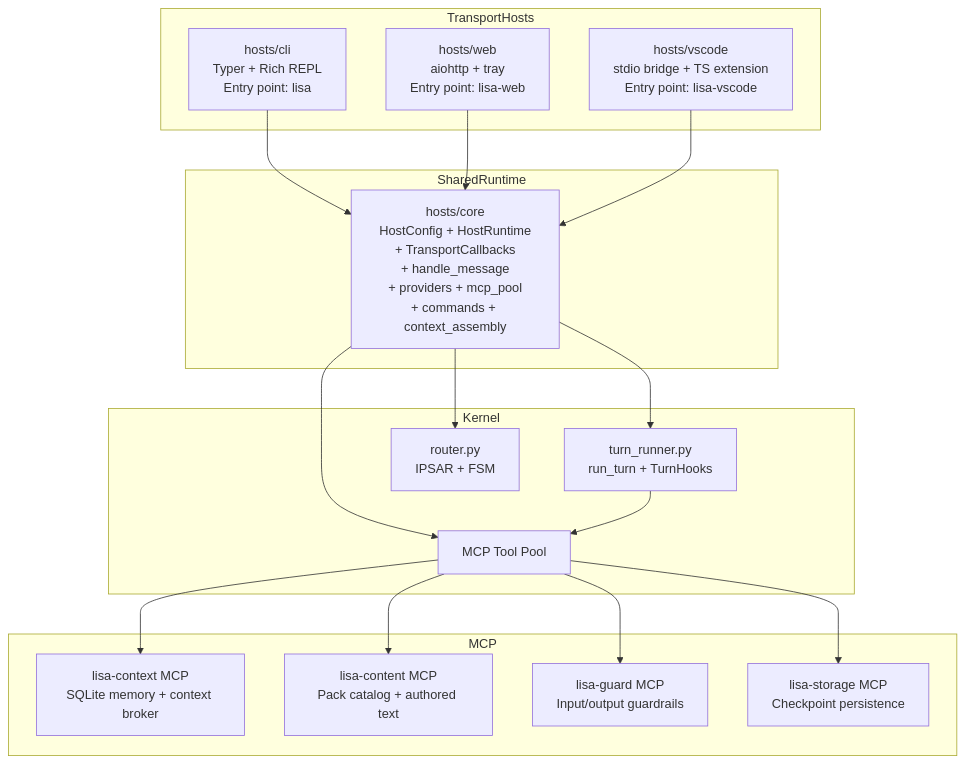
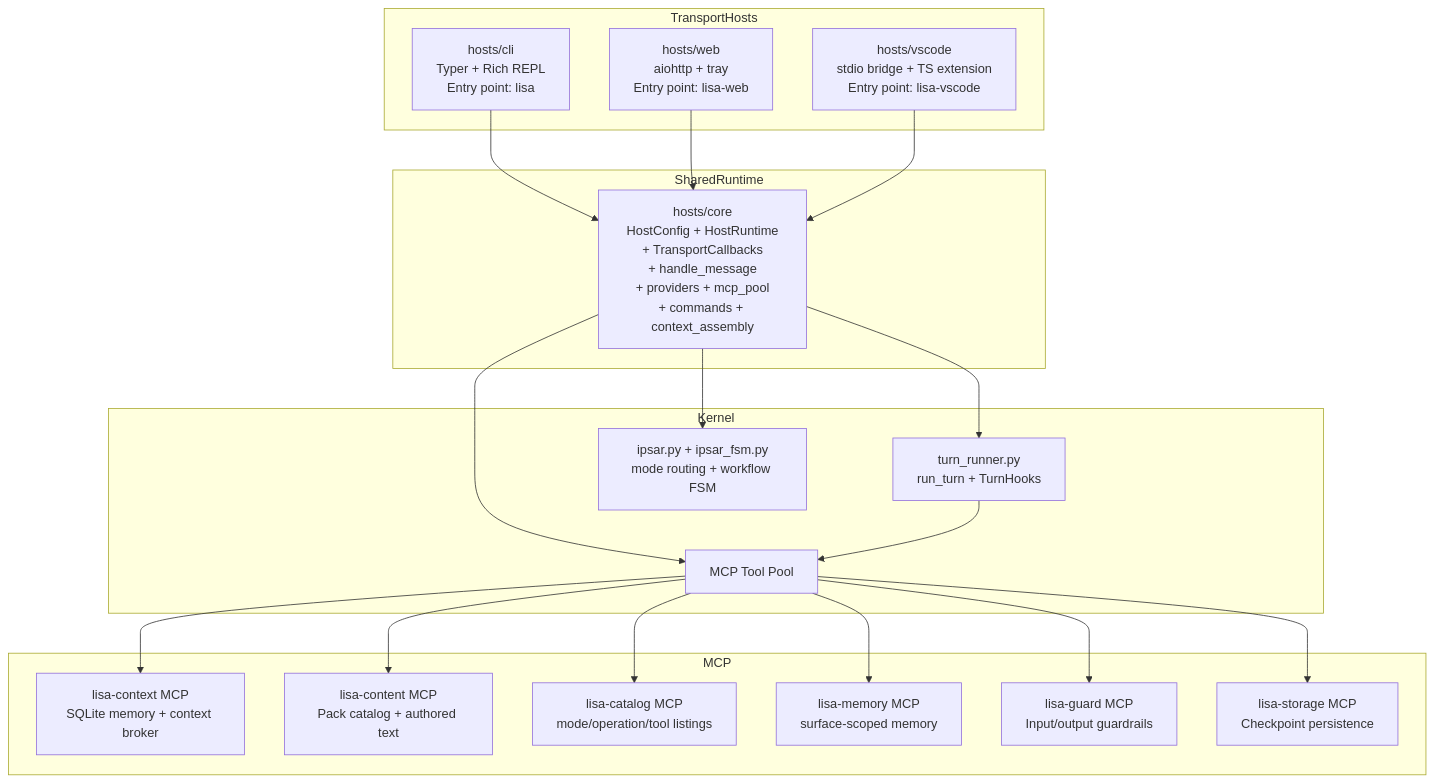
The diagram in docs/HOSTS_GUIDE.md (Lisa-Harness/lisa), drawn with Mermaid before and after one commit. The commit also changed other lines of this file and 28 other files, not shown here.

````diff
--- a/docs/HOSTS_GUIDE.md
+++ b/docs/HOSTS_GUIDE.md
@@ -7,39 +7,43 @@
 ```mermaid
 flowchart TD
   subgraph TransportHosts
     CLI[hosts/cli<br/>Typer + Rich REPL<br/>Entry point: lisa]
     Web[hosts/web<br/>aiohttp + tray<br/>Entry point: lisa-web]
     VSCode[hosts/vscode<br/>stdio bridge + TS extension<br/>Entry point: lisa-vscode]
   end
 
   subgraph SharedRuntime
     Core[hosts/core<br/>HostConfig + HostRuntime<br/>+ TransportCallbacks<br/>+ handle_message<br/>+ providers + mcp_pool<br/>+ commands + context_assembly]
   end
 
   subgraph Kernel
     TR[turn_runner.py<br/>run_turn + TurnHooks]
-    FD[router.py<br/>IPSAR + FSM]
+    FD[ipsar.py + ipsar_fsm.py<br/>mode routing + workflow FSM]
     TOOLS[MCP Tool Pool]
   end
 
   subgraph MCP
     Context[lisa-context MCP<br/>SQLite memory + context broker]
     Content[lisa-content MCP<br/>Pack catalog + authored text]
+    Catalog[lisa-catalog MCP<br/>mode/operation/tool listings]
+    Memory[lisa-memory MCP<br/>surface-scoped memory]
     Guard[lisa-guard MCP<br/>Input/output guardrails]
     Storage[lisa-storage MCP<br/>Checkpoint persistence]
   end
 
   CLI --> Core
   Web --> Core
   VSCode --> Core
 
   Core --> TR
   Core --> FD
   Core --> TOOLS
 
   TR --> TOOLS
   TOOLS --> Context
   TOOLS --> Content
+  TOOLS --> Catalog
+  TOOLS --> Memory
   TOOLS --> Guard
   TOOLS --> Storage
 ```
````
